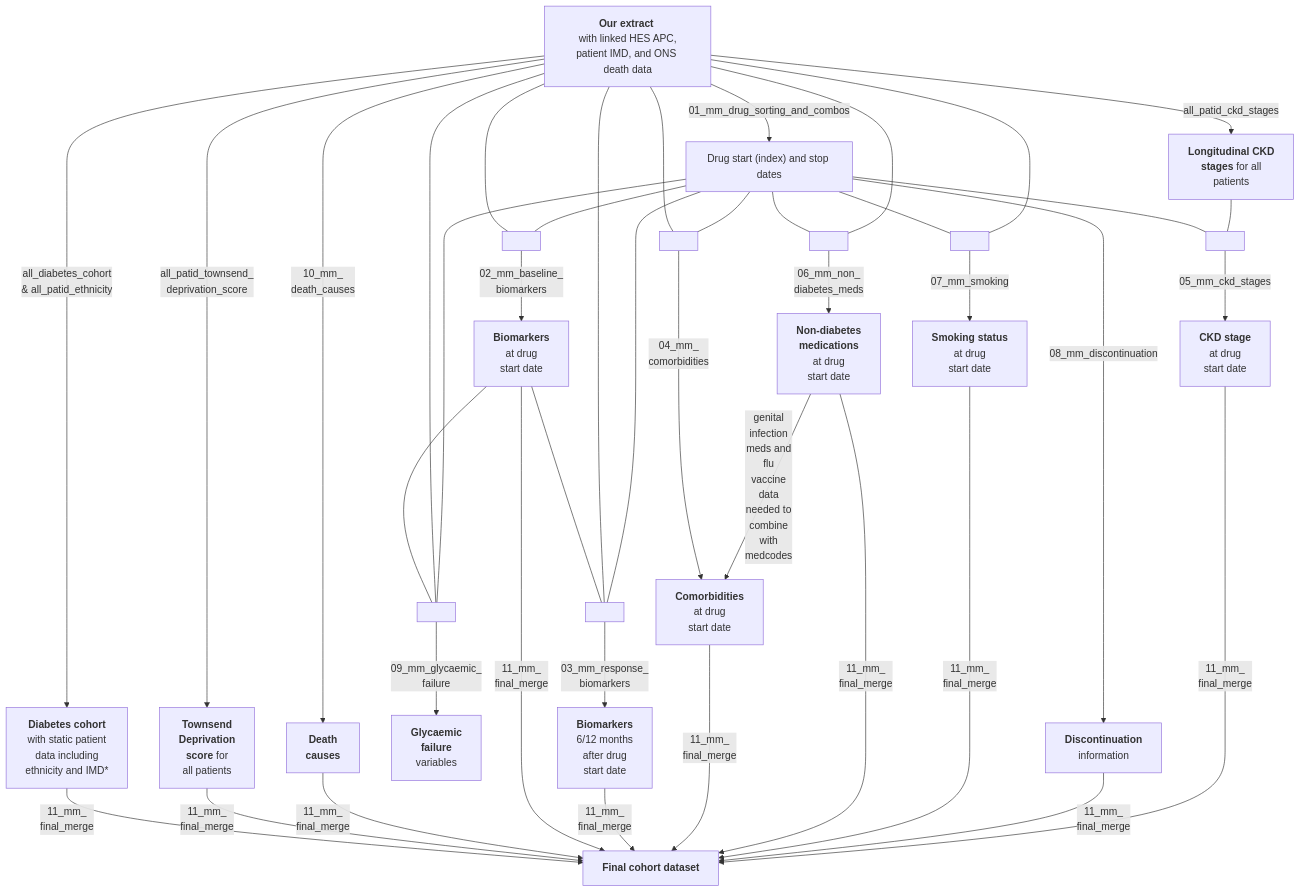
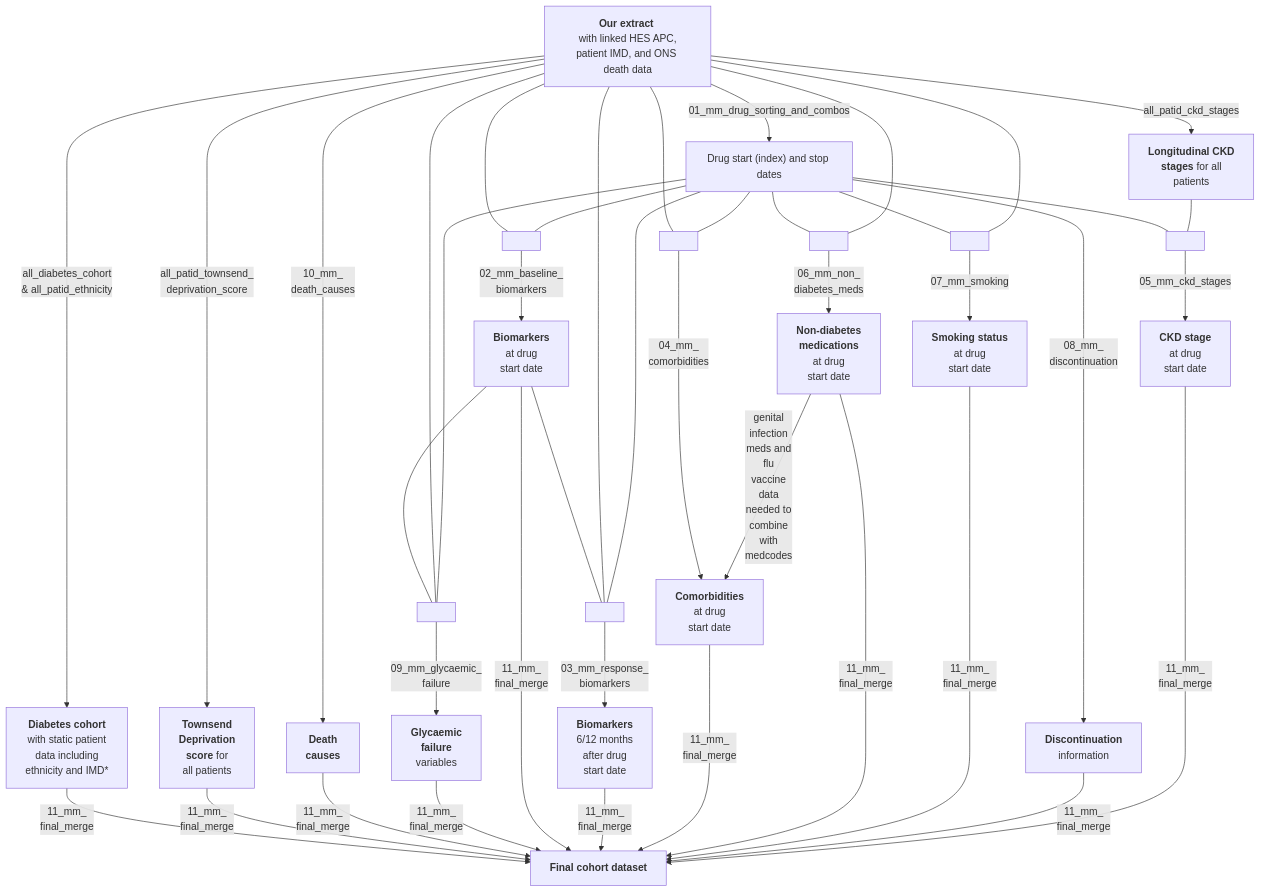
One commit to Exeter-Diabetes/CPRD-Cohort-scripts changed the diagram in 03-Treatment-response-(MASTERMIND)/README.md. Above: the diagram before and after it, drawn with Mermaid.

````diff
--- a/03-Treatment-response-(MASTERMIND)/README.md
+++ b/03-Treatment-response-(MASTERMIND)/README.md
@@ -13,54 +13,55 @@
 ```mermaid
 graph TD;
     A["<b>Our extract</b> <br> with linked HES APC, patient IMD, and ONS death data"] --> |"all_diabetes_cohort <br> & all_patid_ethnicity"|B["<b>Diabetes cohort<br></b> with static patient <br>data including <br>ethnicity and IMD*"]
     A-->|"all_patid_townsend_<br>deprivation_score"|N["<b>Townsend<br> Deprivation<br>score</b> for<br> all patients"]
     A-->|"10_mm_<br>death_causes"|O["<b>Death<br>causes</b>"]
     A-->|"01_mm_drug_sorting_and_combos"|H["Drug start (index) and stop dates"]
 
     E---P[ ]:::empty
     A---P
     H---P
     P-->|"09_mm_glycaemic_<br>failure"|Q["<b>Glycaemic<br>failure</b><br>variables"]
 
     A---Y[ ]:::empty
     H---Y
     Y-->|"02_mm_baseline_<br>biomarkers"|E["<b>Biomarkers</b> <br> at drug <br> start date"]
 
     E---T[ ]:::empty
     A---T
     H---T
     T-->|"03_mm_response_<br>biomarkers"|L["<b>Biomarkers</b> <br> 6/12 months <br> after drug <br>start date"]
     
     A---W[ ]:::empty
     H---W
     W-->|"04_mm_<br>comorbidities"|F["<b>Comorbidities</b> <br> at drug <br> start date"]
     
     H---U[ ]:::empty
     A---U
     U-->|"06_mm_non_<br>diabetes_meds"|M["<b>Non-diabetes <br>medications</b> <br> at drug <br> start date"]
     
     M-->|"genital<br>infection<br>meds and<br>flu<br>vaccine<br>data<br>needed to<br>combine<br>with<br>medcodes"|F
     
     H---X[ ]:::empty
     A---X
     X-->|"07_mm_smoking"|G["<b>Smoking status</b> <br> at drug <br> start date"]
     
-    H-->|"08_mm_discontinuation"|V["<b>Discontinuation</b><br> information"]
+    H-->|"08_mm_<br>discontinuation"|V["<b>Discontinuation</b><br> information"]
     
     A-->|"all_patid_ckd_stages"|C["<b>Longitudinal CKD <br> stages</b> for all <br> patients"]
     H---Z[ ]:::empty
     C---Z
     Z-->|"05_mm_ckd_stages"|I["<b>CKD stage </b> <br> at drug <br> start date"]
     
     
     B-->|"11_mm_<br>final_merge"|J["<b>Final cohort dataset</b>"]
     N-->|"11_mm_<br>final_merge"|J
     O-->|"11_mm_<br>final_merge"|J
+    Q-->|"11_mm_<br>final_merge"|J
     E-->|"11_mm_<br>final_merge"|J
     L-->|"11_mm_<br>final_merge"|J
     F-->|"11_mm_<br>final_merge"|J
     M-->|"11_mm_<br>final_merge"|J  
     G-->|"11_mm_<br>final_merge"|J
     V-->|"11_mm_<br>final_merge"|J
     I-->|"11_mm_<br>final_merge"|J  
 ```
````
